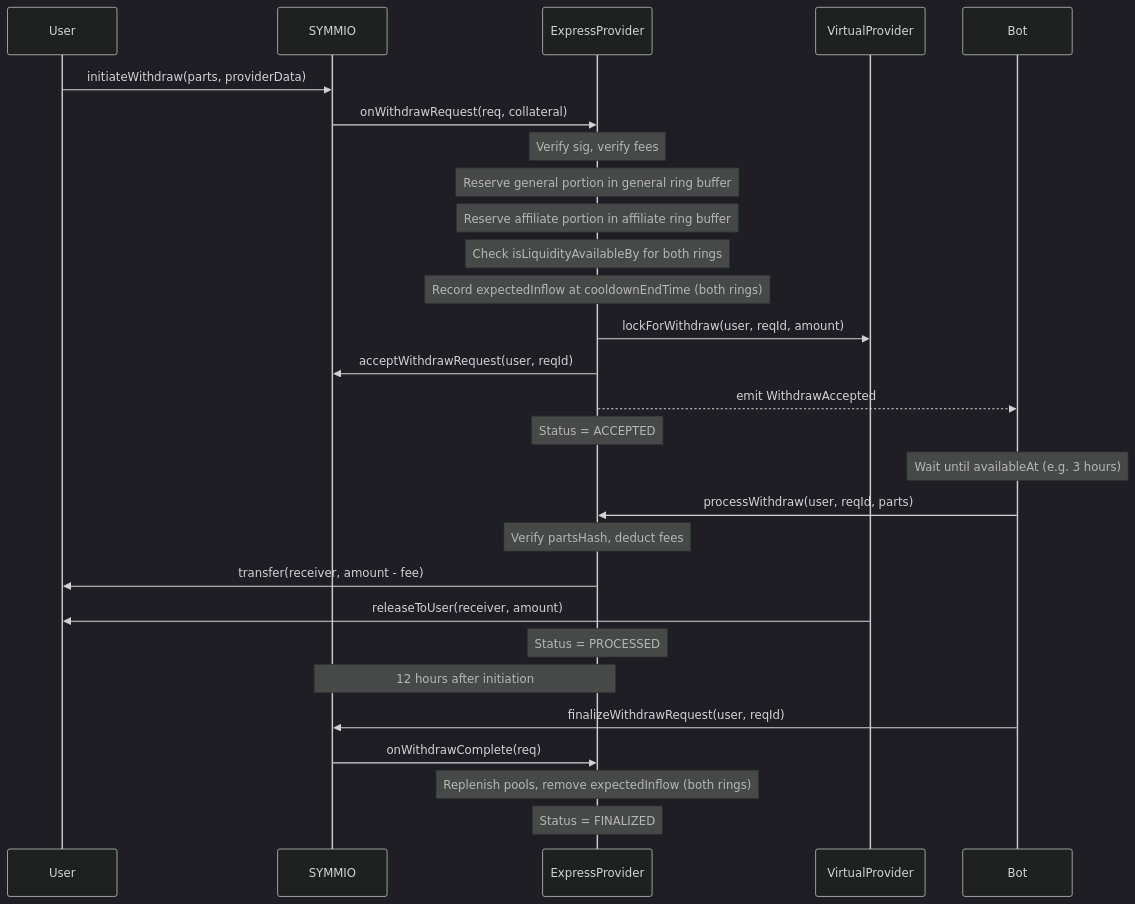
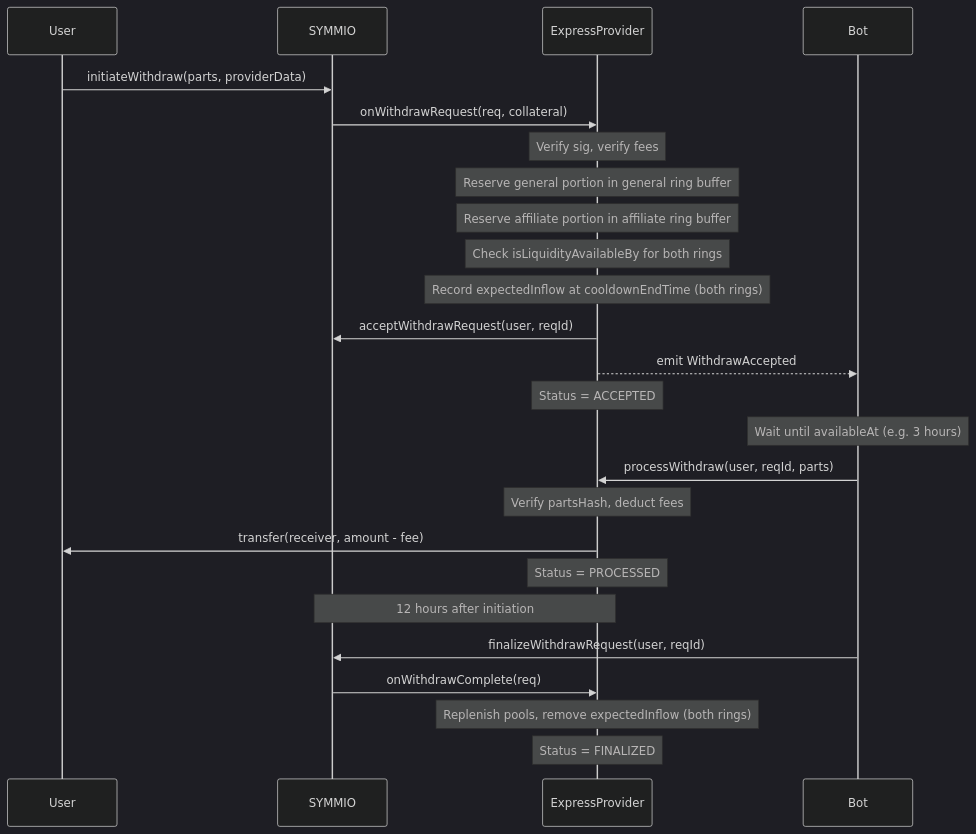
One commit to SYMM-IO/perps-core changed the sixth of 33 diagrams in docs/v0.8.6/express-bot-operations-checklist.md. Above: the diagram before and after it, drawn with Mermaid (dark theme). The commit also changed other lines of this file and 9 other files, not shown here.

Commit message:
docs: replace VirtualProvider with Credit Line system in express provider docs

````diff
--- a/docs/v0.8.6/express-bot-operations-checklist.md
+++ b/docs/v0.8.6/express-bot-operations-checklist.md
@@ -671,34 +664,31 @@
 ```mermaid
 sequenceDiagram
     participant U as User
     participant S as SYMMIO
     participant EP as ExpressProvider
-    participant VP as VirtualProvider
     participant Bot as Bot
 
     U->>S: initiateWithdraw(parts, providerData)
     S->>EP: onWithdrawRequest(req, collateral)
     Note over EP: Verify sig, verify fees
     Note over EP: Reserve general portion in general ring buffer
     Note over EP: Reserve affiliate portion in affiliate ring buffer
     Note over EP: Check isLiquidityAvailableBy for both rings
     Note over EP: Record expectedInflow at cooldownEndTime (both rings)
-    EP->>VP: lockForWithdraw(user, reqId, amount)
     EP->>S: acceptWithdrawRequest(user, reqId)
     EP-->>Bot: emit WithdrawAccepted
     Note over EP: Status = ACCEPTED
 
     Note over Bot: Wait until availableAt (e.g. 3 hours)
 
     Bot->>EP: processWithdraw(user, reqId, parts)
     Note over EP: Verify partsHash, deduct fees
     EP->>U: transfer(receiver, amount - fee)
-    VP->>U: releaseToUser(receiver, amount)
     Note over EP: Status = PROCESSED
 
     Note over EP,S: 12 hours after initiation
     Bot->>S: finalizeWithdrawRequest(user, reqId)
     S->>EP: onWithdrawComplete(req)
     Note over EP: Replenish pools, remove expectedInflow (both rings)
     Note over EP: Status = FINALIZED
 ```
````
